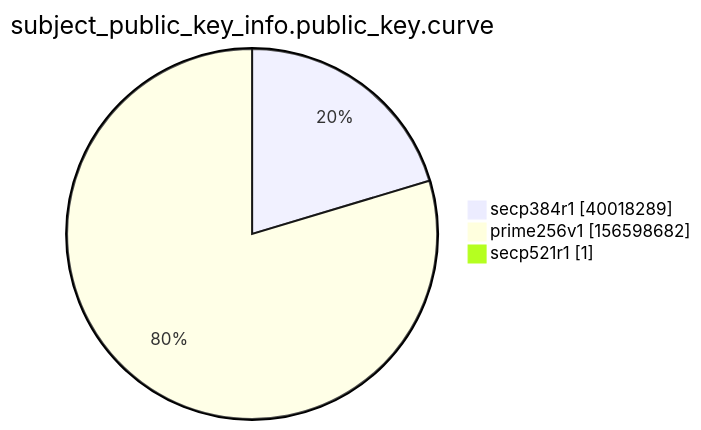
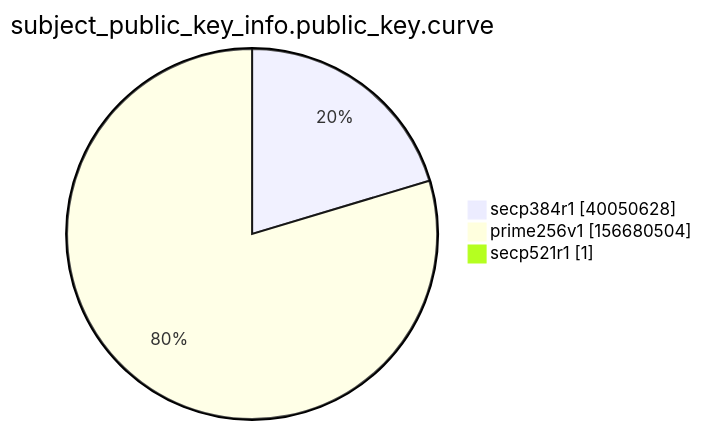
Before and after one commit to christiankrug/ctmonitor_visualization: the ninth of 15 diagrams in xenon2022/README.md, drawn with Mermaid. The commit also changed other lines of this file, not shown here.

````diff
--- a/xenon2022/README.md
+++ b/xenon2022/README.md
@@ -2866,7 +2866,7 @@
 ```mermaid
 pie showData
 title subject_public_key_info.public_key.curve
-"secp384r1" :40018289
-"prime256v1" :156598682
+"secp384r1" :40050628
+"prime256v1" :156680504
 "secp521r1" :1
 ```
````
